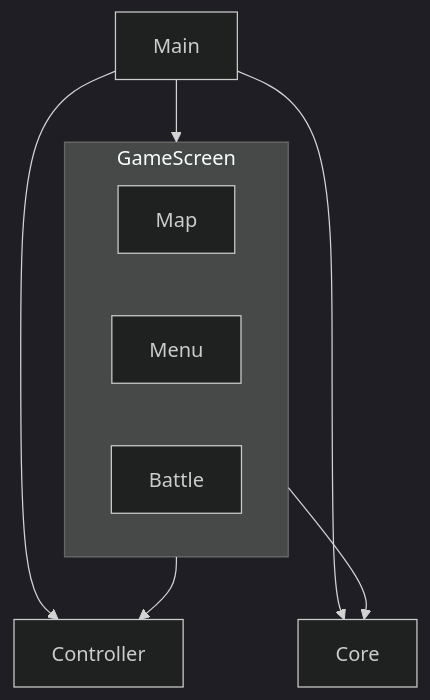
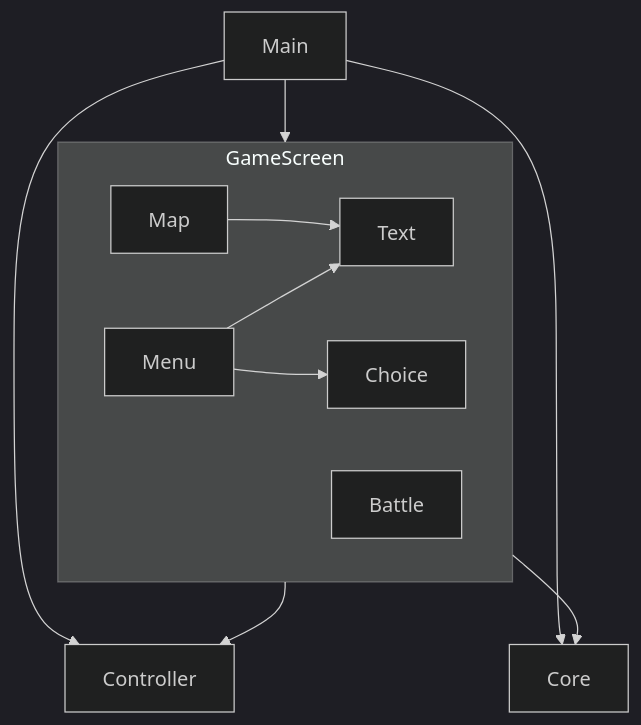
The first of 2 diagrams in README.md (sbkinoko/RPGEngine2), drawn with Mermaid (dark theme) before and after one commit.

````diff
--- a/README.md
+++ b/README.md
@@ -7,13 +7,18 @@
 ```mermaid
 graph TD;
   Main --> GameScreen;
   Main --> Controller;
   subgraph GameScreen;
     Map;
     Menu;
     Battle;
+    Text;
+    Choice;
+    Menu --> Text;
+    Menu --> Choice;
+    Map --> Text;
   end;
   GameScreen --> Core;
   GameScreen --> Controller;
   Main --> Core;
 ```
````
